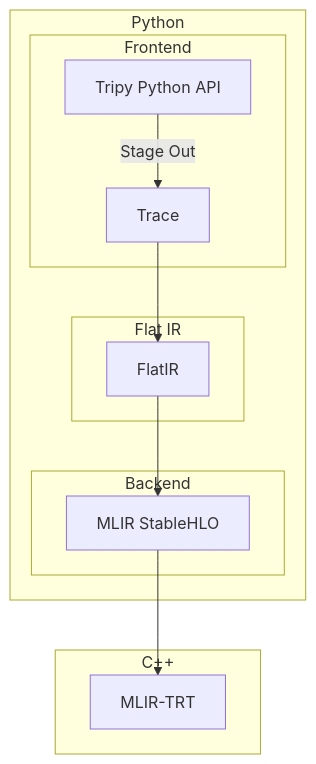
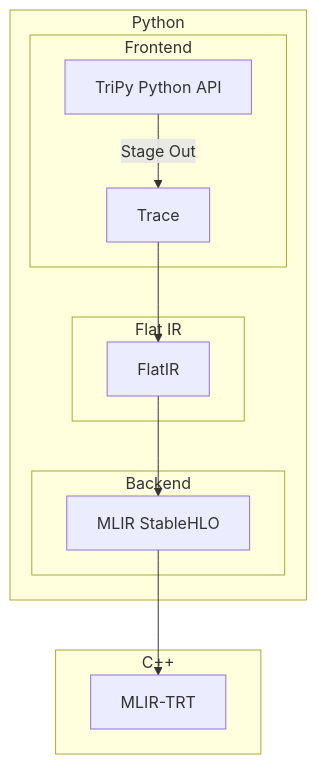
Before and after one commit to NVIDIA/TensorRT-Incubator: the first of 2 diagrams in docs/post0_developer_guides/architecture.md, drawn with Mermaid. The commit also changed other lines of this file and 35 other files, not shown here.

Commit message:
Updates guides, Tripy -> TriPy

````diff
--- a/docs/post0_developer_guides/architecture.md
+++ b/docs/post0_developer_guides/architecture.md
@@ -19,20 +19,20 @@
 ```mermaid
 graph TD
     subgraph "Python"
         subgraph "Frontend"
-            A[Tripy Python API] -->|Stage Out| B[Trace]
+            A[TriPy Python API] -->|Stage Out| B[Trace]
         end
 
         subgraph "Flat IR"
             B --> C[FlatIR]
         end
 
         subgraph "Backend"
             C --> D[MLIR StableHLO]
         end
     end
 
     subgraph "C++"
         D --> E[MLIR-TRT];
     end
 ```
````
